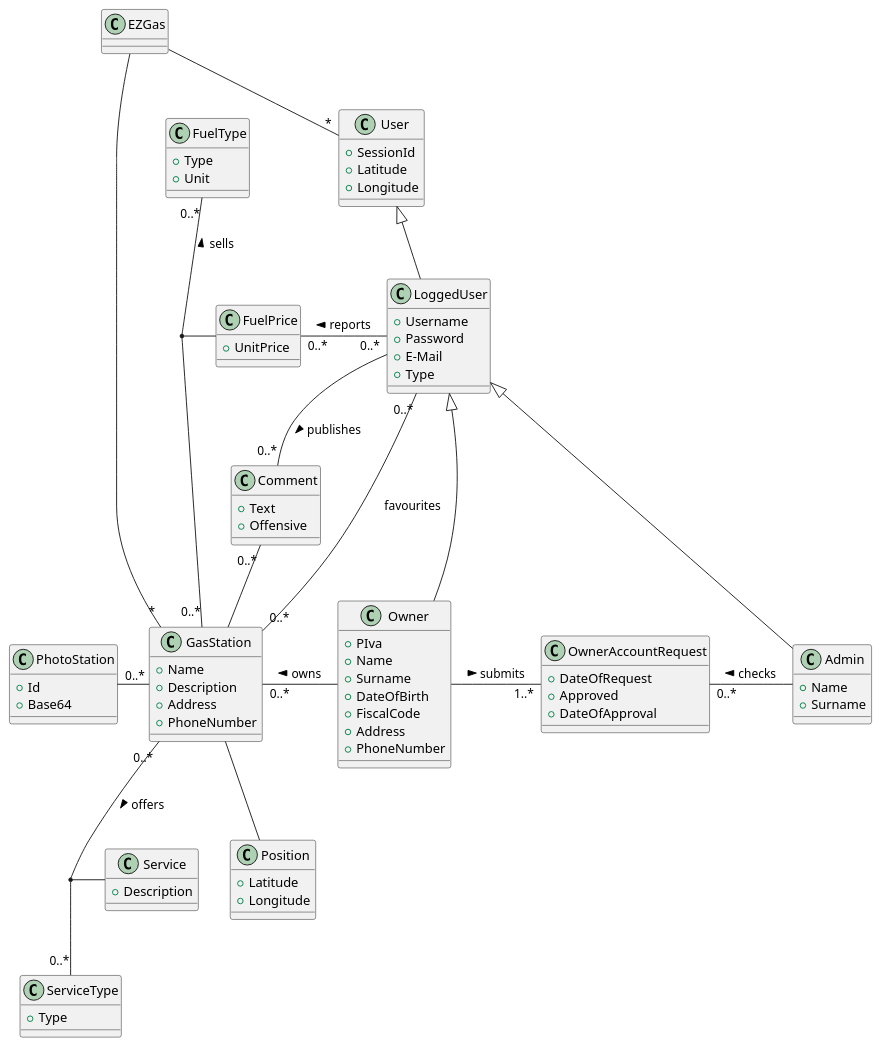
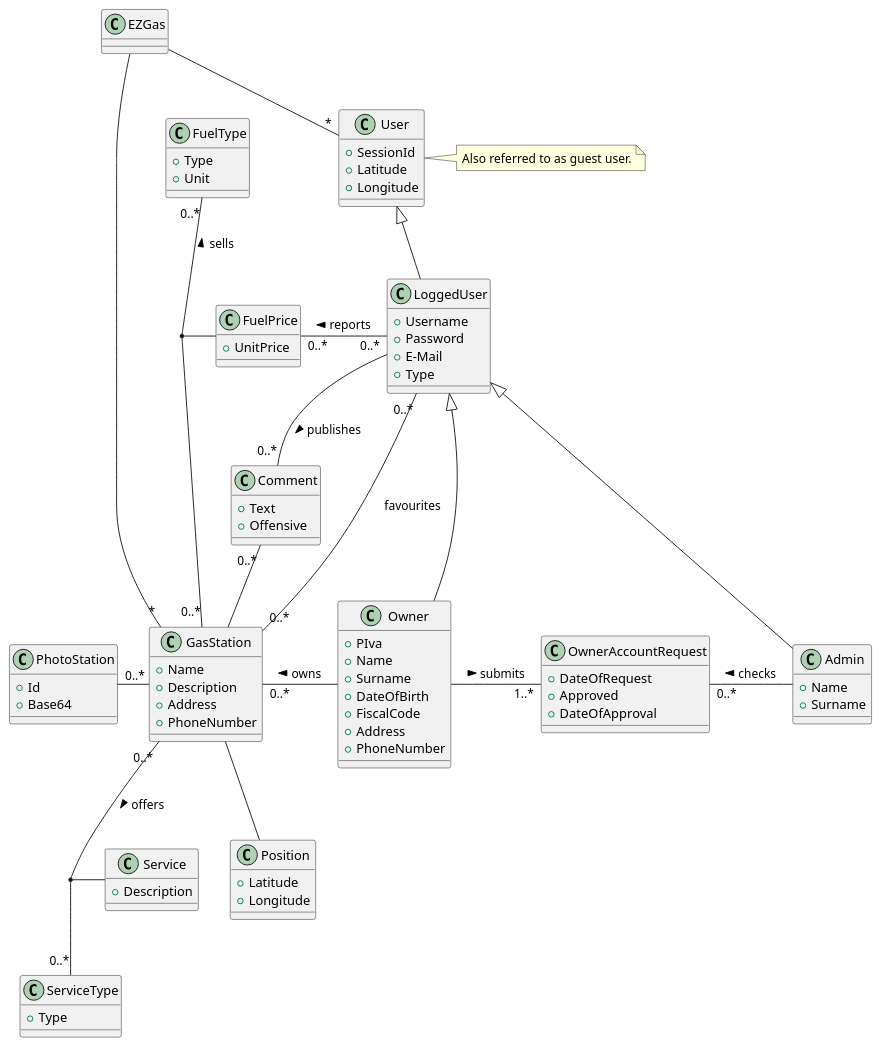
One commit to polito-se2-2020-team6/ezgas changed the third of 5 diagrams in docs/RequirementsDocument.md. Above: the diagram before and after it, drawn with PlantUML. The commit also changed other lines of this file and 1 other file, not shown here.

```diff
--- a/docs/RequirementsDocument.md
+++ b/docs/RequirementsDocument.md
@@ -700,6 +700,9 @@
 	+ Approved
 	+ DateOfApproval
 }
+note "Also referred to as guest user." as NGuest
+
+User . NGuest
 
 User "*" -up- EZGas
 GasStation "*" -up- EZGas
```
